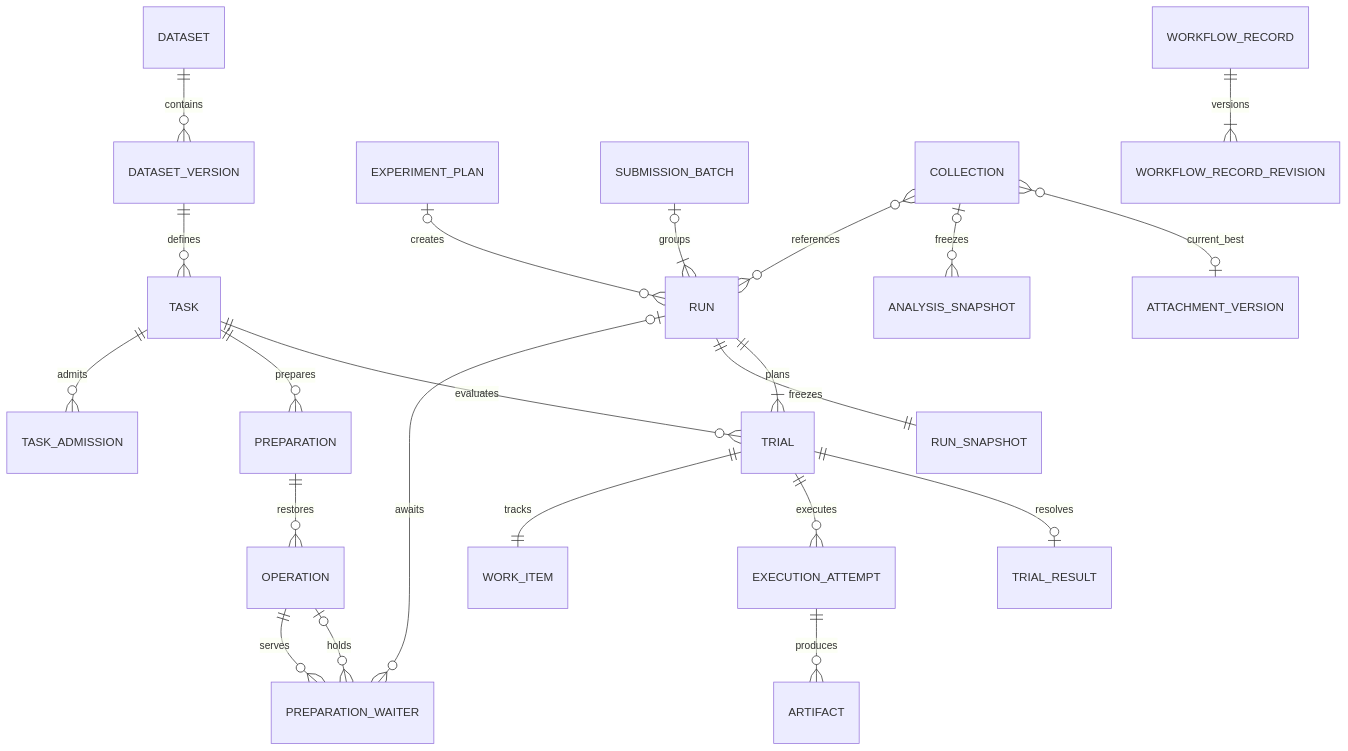
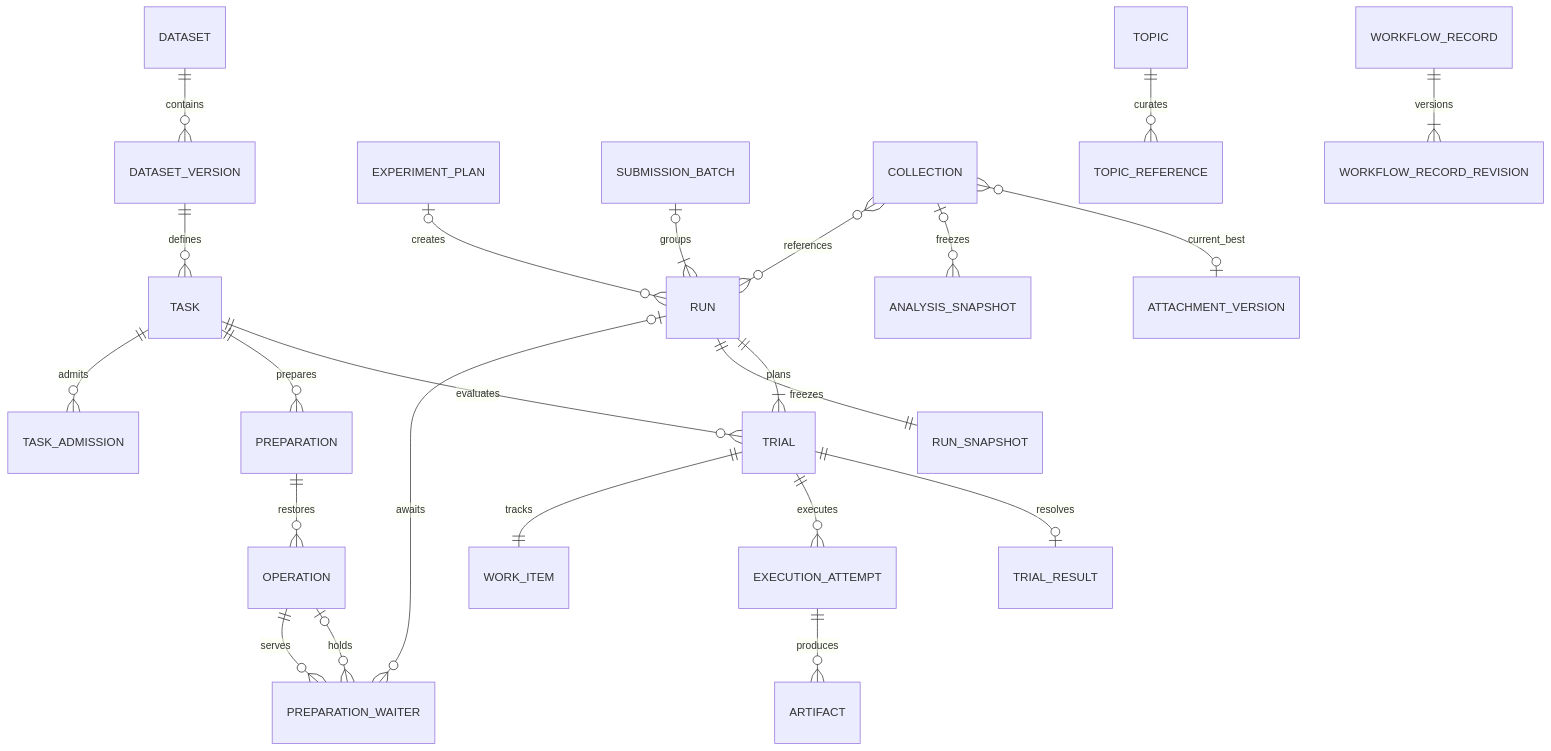
The diagram in docs/design/01-domain-model.md (au12321ua/maestro), drawn with Mermaid before and after one commit. The commit also changed other lines of this file and 79 other files, not shown here.

```diff
--- a/docs/design/01-domain-model.md
+++ b/docs/design/01-domain-model.md
@@ -39,24 +40,25 @@
 ~~~mermaid
 erDiagram
     DATASET ||--o{ DATASET_VERSION : contains
     DATASET_VERSION ||--o{ TASK : defines
     TASK ||--o{ TASK_ADMISSION : admits
     TASK ||--o{ PREPARATION : prepares
     PREPARATION ||--o{ OPERATION : restores
     OPERATION ||--o{ PREPARATION_WAITER : serves
     RUN |o--o{ PREPARATION_WAITER : awaits
     OPERATION |o--o{ PREPARATION_WAITER : holds
     EXPERIMENT_PLAN o|--o{ RUN : creates
     SUBMISSION_BATCH o|--|{ RUN : groups
     RUN ||--|| RUN_SNAPSHOT : freezes
     RUN ||--|{ TRIAL : plans
     TASK ||--o{ TRIAL : evaluates
     TRIAL ||--|| WORK_ITEM : tracks
     TRIAL ||--o{ EXECUTION_ATTEMPT : executes
     TRIAL ||--o| TRIAL_RESULT : resolves
     EXECUTION_ATTEMPT ||--o{ ARTIFACT : produces
     COLLECTION }o--o{ RUN : references
     COLLECTION o|--o{ ANALYSIS_SNAPSHOT : freezes
     COLLECTION }o--o| ATTACHMENT_VERSION : current_best
+    TOPIC ||--o{ TOPIC_REFERENCE : curates
     WORKFLOW_RECORD ||--|{ WORKFLOW_RECORD_REVISION : versions
 ~~~
```
